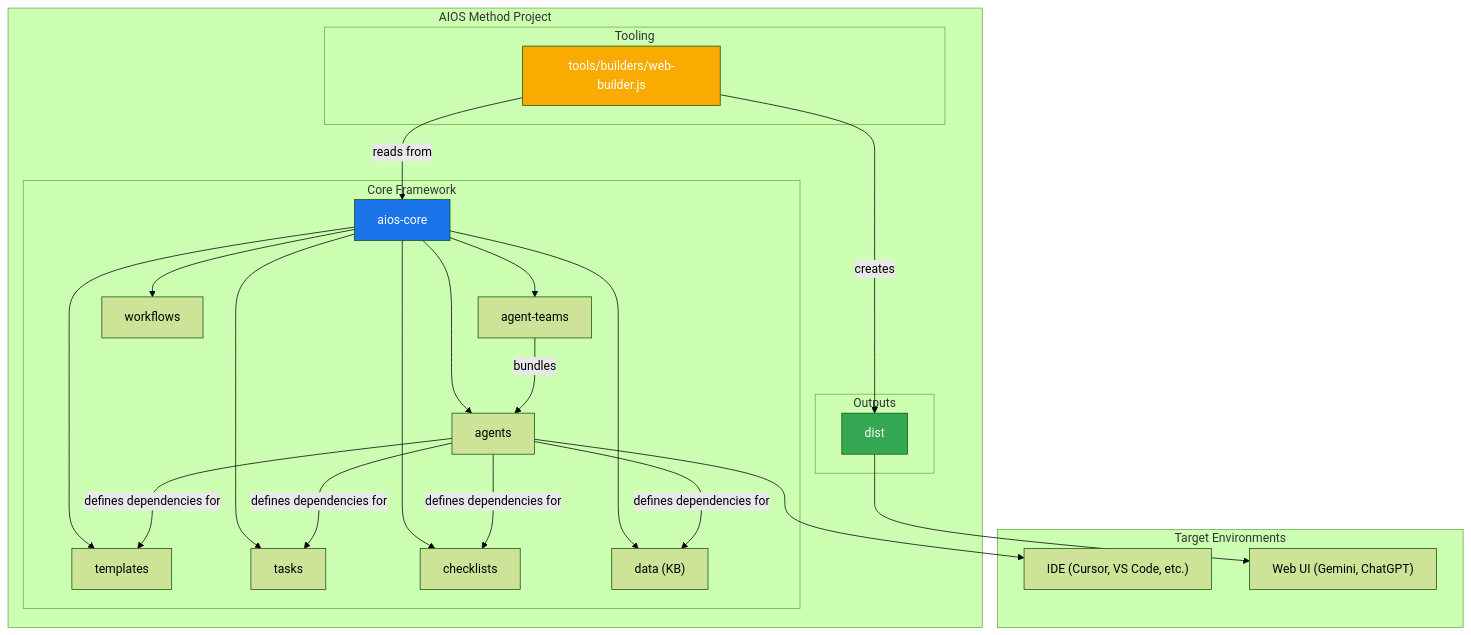
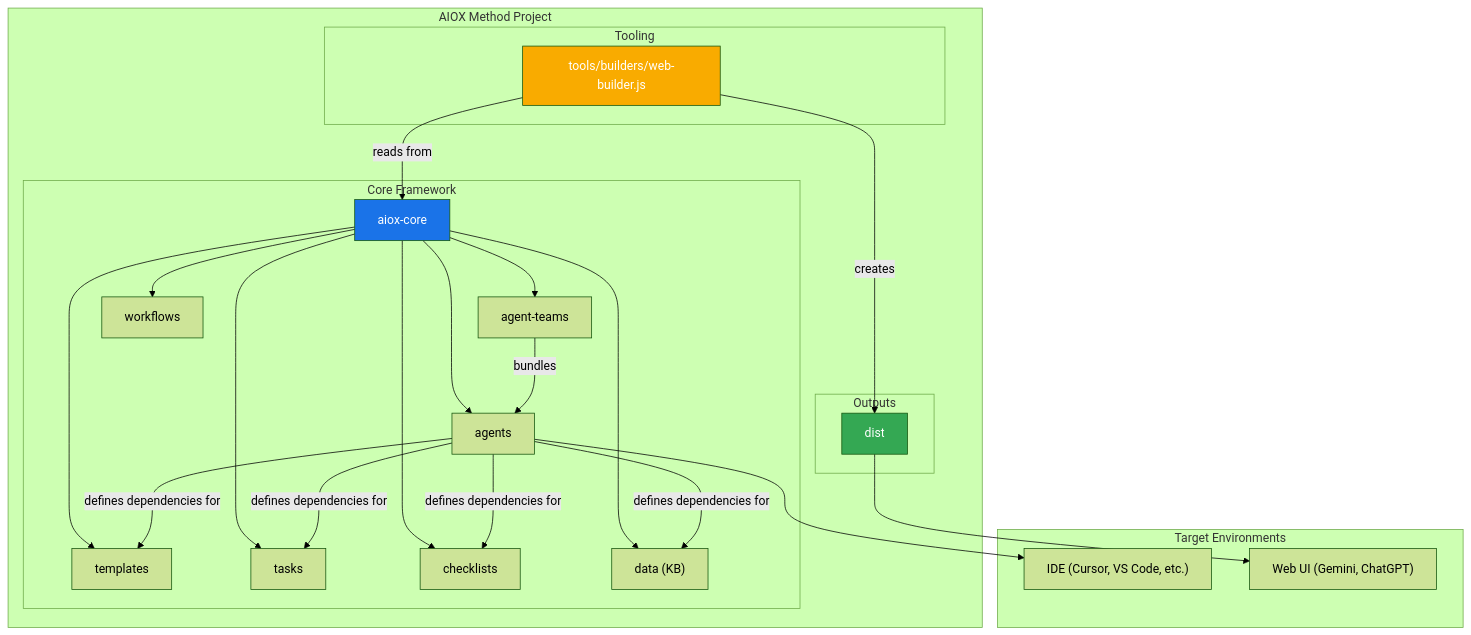
One commit to fabioeducacross/-Book-de-Resultados changed the first of 3 diagrams in docs/es/core-architecture.md. Above: the diagram before and after it, drawn with Mermaid (forest theme). The commit also changed other lines of this file and 867 other files, not shown here.

First line of the commit message:
chore: update aios-core, tests, configs and documentation

````diff
--- a/docs/es/core-architecture.md
+++ b/docs/es/core-architecture.md
@@ -27,44 +27,44 @@
 ```mermaid
 graph TD
-    subgraph AIOS Method Project
+    subgraph AIOX Method Project
         subgraph Core Framework
-            A["aios-core"]
+            A["aiox-core"]
             A --> B["agents"]
             A --> C["agent-teams"]
             A --> D["workflows"]
             A --> E["templates"]
             A --> F["tasks"]
             A --> G["checklists"]
             A --> H["data (KB)"]
         end
 
         subgraph Tooling
             I["tools/builders/web-builder.js"]
         end
 
         subgraph Outputs
             J["dist"]
         end
 
         B -- defines dependencies for --> E
         B -- defines dependencies for --> F
         B -- defines dependencies for --> G
         B -- defines dependencies for --> H
 
         C -- bundles --> B
         I -- reads from --> A
         I -- creates --> J
     end
 
     subgraph Target Environments
         K["IDE (Cursor, VS Code, etc.)"]
         L["Web UI (Gemini, ChatGPT)"]
     end
 
     B --> K
     J --> L
 
     style A fill:#1a73e8,color:#fff
     style I fill:#f9ab00,color:#fff
     style J fill:#34a853,color:#fff
 ```
````
